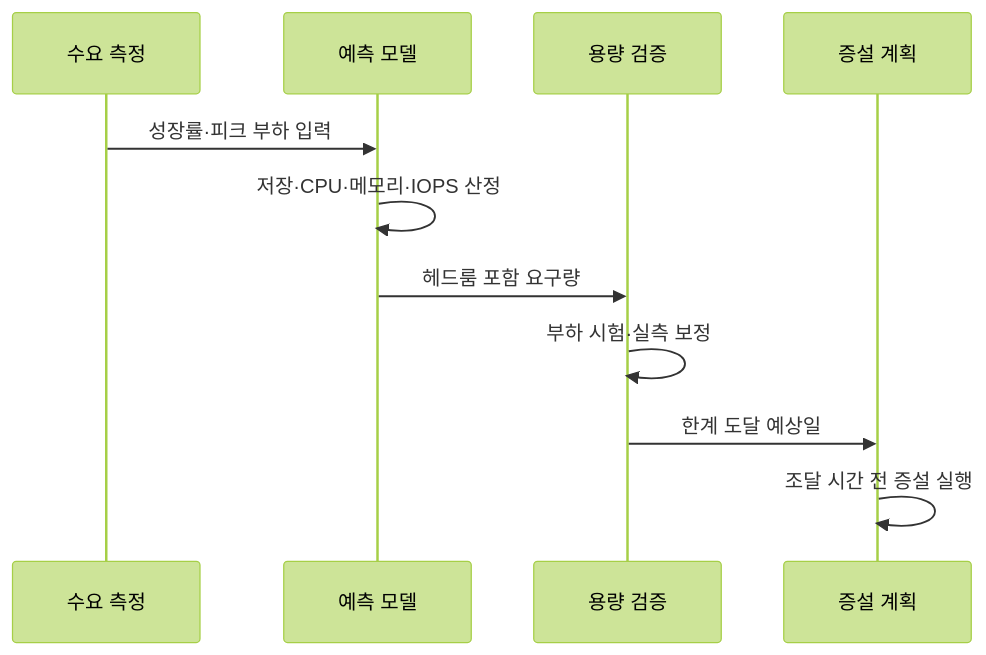
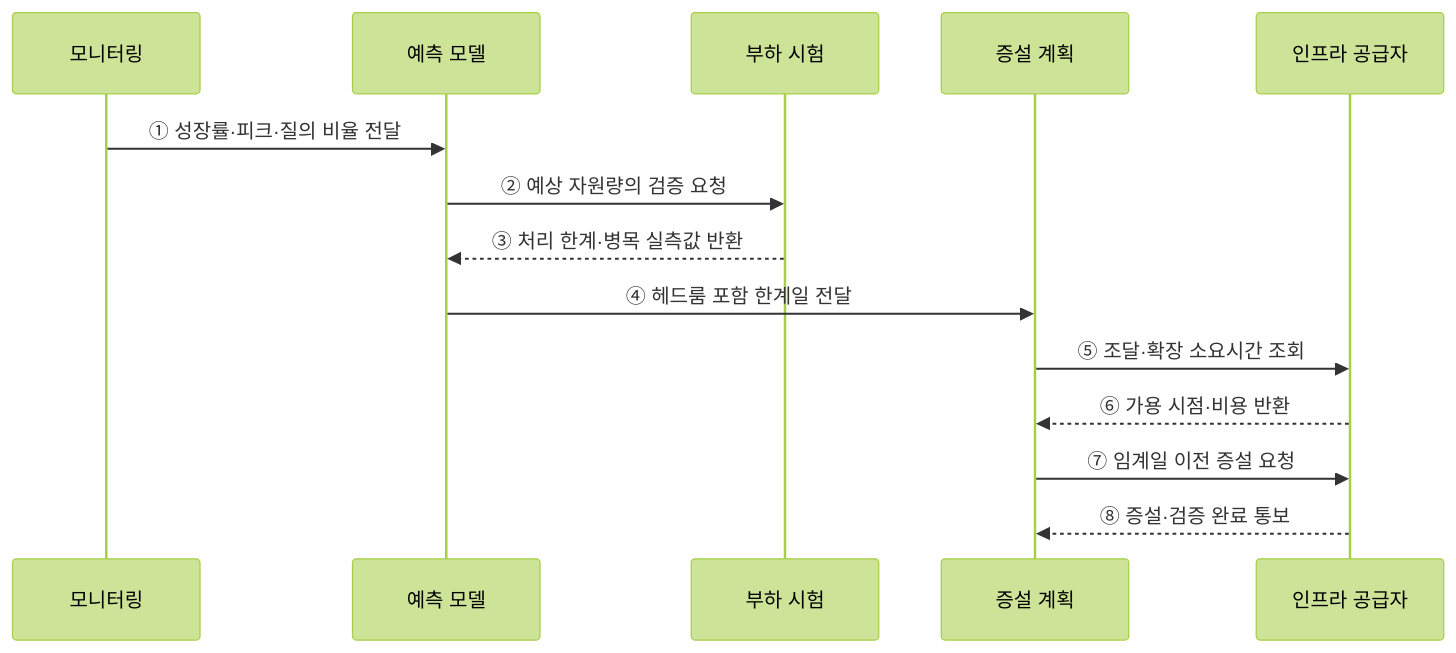
One commit to agnusdei1207/knowledge-base changed the second of 2 diagrams in src/content/docs/notes/03-software/101_db_capacity_planning.md. Above: the diagram before and after it, drawn with Mermaid (forest theme). The commit also changed other lines of this file and 20 other files, not shown here.

````diff
--- a/src/content/docs/notes/03-software/101_db_capacity_planning.md
+++ b/src/content/docs/notes/03-software/101_db_capacity_planning.md
@@ -82,13 +71,16 @@
 ```mermaid
 sequenceDiagram
-    participant M as 수요 측정
+    participant M as 모니터링
     participant F as 예측 모델
-    participant C as 용량 검증
+    participant T as 부하 시험
     participant P as 증설 계획
-    M->>F: 성장률·피크 부하 입력
-    F->>F: 저장·CPU·메모리·IOPS 산정
-    F->>C: 헤드룸 포함 요구량
-    C->>C: 부하 시험·실측 보정
-    C->>P: 한계 도달 예상일
-    P->>P: 조달 시간 전 증설 실행
+    participant I as 인프라 공급자
+    M->>F: ① 성장률·피크·질의 비율 전달
+    F->>T: ② 예상 자원량의 검증 요청
+    T-->>F: ③ 처리 한계·병목 실측값 반환
+    F->>P: ④ 헤드룸 포함 한계일 전달
+    P->>I: ⑤ 조달·확장 소요시간 조회
+    I-->>P: ⑥ 가용 시점·비용 반환
+    P->>I: ⑦ 임계일 이전 증설 요청
+    I-->>P: ⑧ 증설·검증 완료 통보
 ```
````
